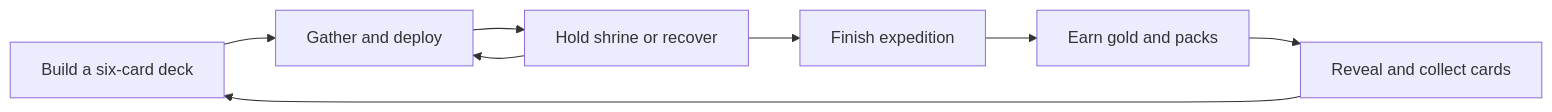
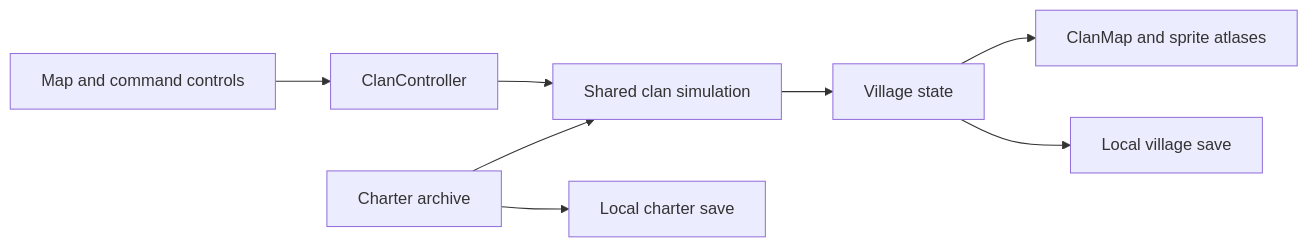
The diagram in README.md (clan-world/ui-prototyping), drawn with Mermaid before and after one commit. The commit also changed other lines of this file and 48 other files, not shown here.

Commit message:
Rebuild Clan World as a medieval sprite village with Elder commands

````diff
--- a/README.md
+++ b/README.md
@@ -33,10 +92,10 @@
 ```mermaid
 flowchart LR
-  A[Build a six-card deck] --> B[Gather and deploy]
-  B --> C[Hold shrine or recover]
-  C --> B
-  C --> D[Finish expedition]
-  D --> E[Earn gold and packs]
-  E --> F[Reveal and collect cards]
-  F --> A
+  A[Map and command controls] --> B[ClanController]
+  B --> C[Shared clan simulation]
+  C --> D[Village state]
+  D --> E[ClanMap and sprite atlases]
+  D --> F[Local village save]
+  G[Charter archive] --> C
+  G --> H[Local charter save]
 ```
````
